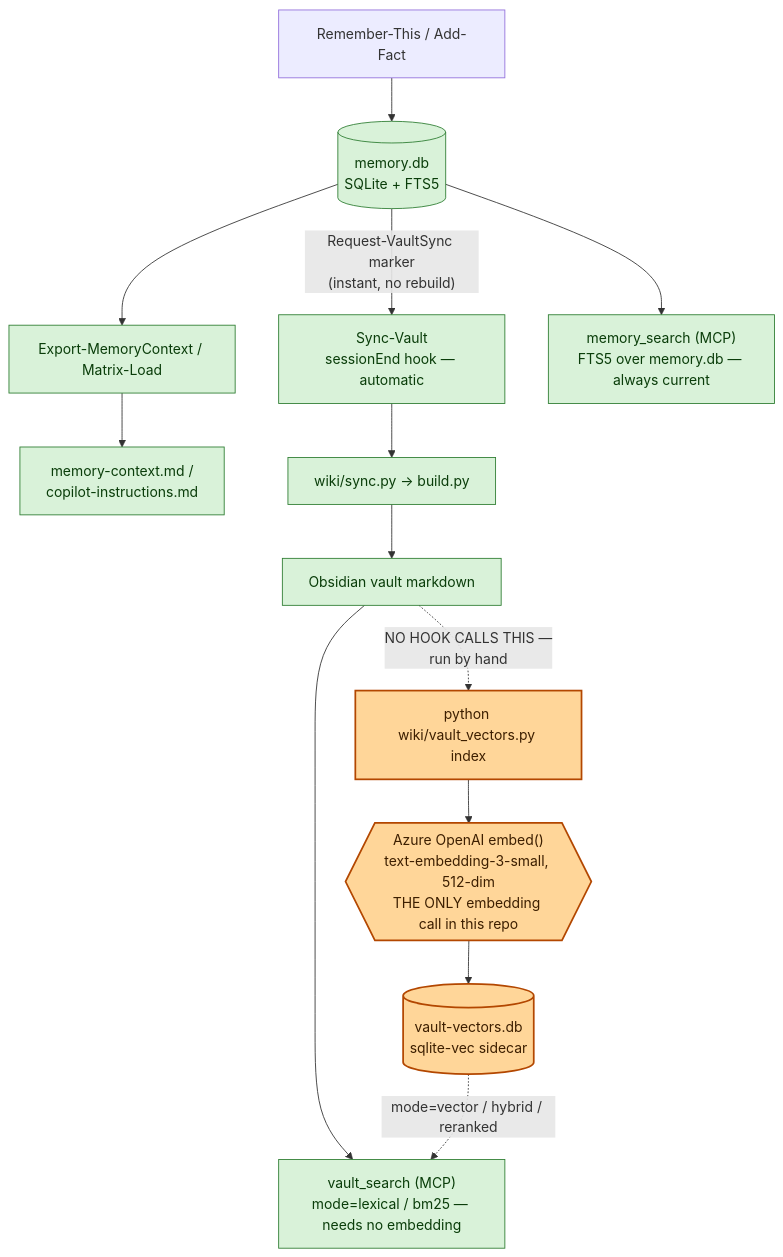
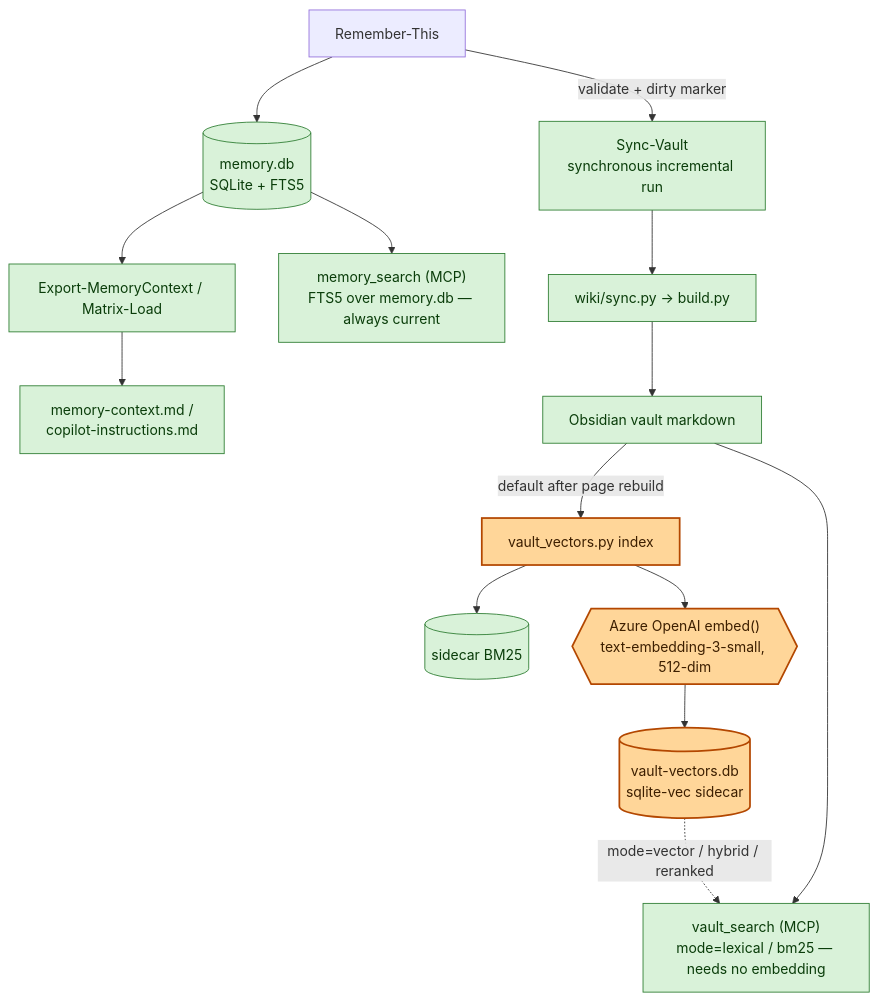
The diagram in README.md (vijaycinn/long-term-memory), drawn with Mermaid before and after one commit. The commit also changed other lines of this file and 4 other files, not shown here.

First line of the commit message:
docs(memory): document synchronous fact percolation

````diff
--- a/README.md
+++ b/README.md
@@ -26,23 +26,24 @@
 ```mermaid
 flowchart TD
-    RT["Remember-This / Add-Fact"] --> DB[("memory.db<br>SQLite + FTS5")]
+    RT["Remember-This"] --> DB[("memory.db<br>SQLite + FTS5")]
     DB --> BR["Export-MemoryContext / Matrix-Load"]
     BR --> CTX["memory-context.md /<br>copilot-instructions.md"]
 
-    DB -->|"Request-VaultSync marker<br>(instant, no rebuild)"| SV["Sync-Vault<br>sessionEnd hook — automatic"]
+    RT -->|"validate + dirty marker"| SV["Sync-Vault<br>synchronous incremental run"]
     SV --> WK["wiki/sync.py → build.py"]
     WK --> VLT["Obsidian vault markdown"]
 
-    VLT -.->|"NO HOOK CALLS THIS —<br>run by hand"| IDX["python wiki/vault_vectors.py index"]
-    IDX --> EMB{{"Azure OpenAI embed()<br>text-embedding-3-small, 512-dim<br>THE ONLY embedding call in this repo"}}
+    VLT -->|"default after page rebuild"| IDX["vault_vectors.py index"]
+    IDX --> BM25[("sidecar BM25")]
+    IDX --> EMB{{"Azure OpenAI embed()<br>text-embedding-3-small, 512-dim"}}
     EMB --> SC[("vault-vectors.db<br>sqlite-vec sidecar")]
 
     DB --> MS["memory_search (MCP)<br>FTS5 over memory.db — always current"]
     VLT --> VSRCH["vault_search (MCP)<br>mode=lexical / bm25 — needs no embedding"]
     SC -.->|"mode=vector / hybrid / reranked"| VSRCH
 
     classDef safe fill:#d9f2d9,stroke:#2e7d32,color:#0a3d0a;
     classDef embed fill:#ffd699,stroke:#b34700,color:#3d1f00,stroke-width:2px;
-    class DB,BR,CTX,SV,WK,VLT,MS,VSRCH safe;
+    class DB,BR,CTX,SV,WK,VLT,BM25,MS,VSRCH safe;
     class IDX,EMB,SC embed;
 ```
````
